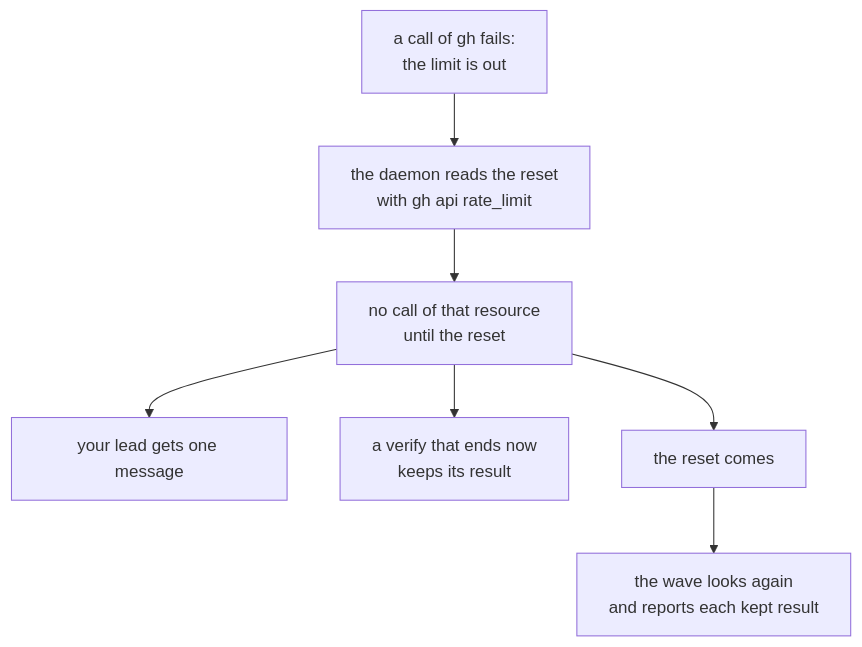
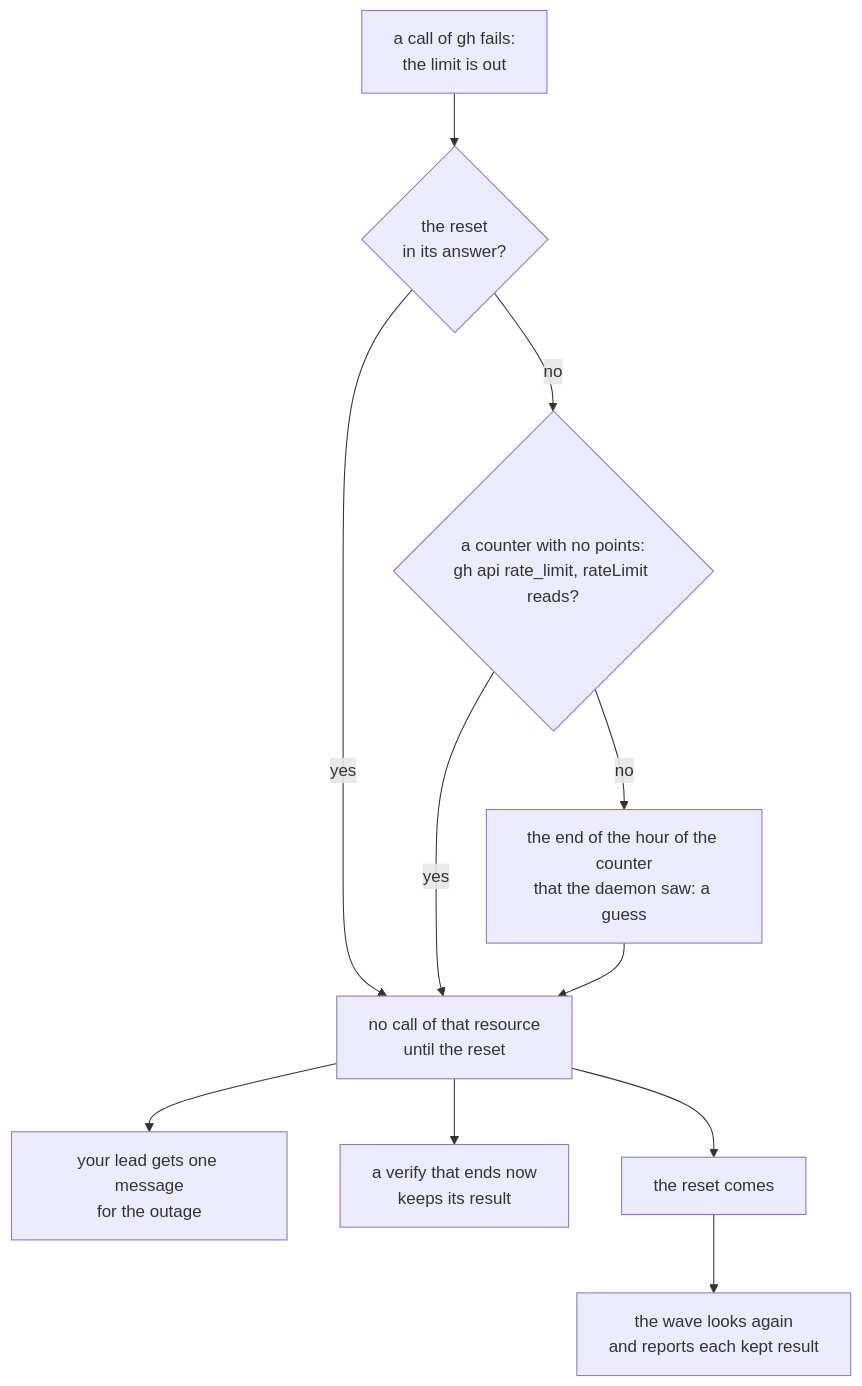
One commit to como-technologies/riff changed diagram 20 of 54 in docs/src/development.md. Above: the diagram before and after it, drawn with Mermaid. The commit also changed other lines of this file and 6 other files, not shown here.

First line of the commit message:
The wait on the GitHub limit ends at the reset of the counter that failed

````diff
--- a/docs/src/development.md
+++ b/docs/src/development.md
@@ -1698,9 +1713,13 @@
 ```mermaid
 flowchart TD
-    C["a call of gh fails:<br/>the limit is out"] --> R["the daemon reads the reset<br/>with gh api rate_limit"]
-    R --> W["no call of that resource<br/>until the reset"]
-    W --> M["your lead gets one message"]
+    C["a call of gh fails:<br/>the limit is out"] --> H{"the reset<br/>in its answer?"}
+    H -- yes --> W["no call of that resource<br/>until the reset"]
+    H -- no --> R{"a counter with no points:<br/>gh api rate_limit, rateLimit reads?"}
+    R -- yes --> W
+    R -- no --> G["the end of the hour of the counter<br/>that the daemon saw: a guess"]
+    G --> W
+    W --> M["your lead gets one message<br/>for the outage"]
     W --> K["a verify that ends now<br/>keeps its result"]
     W --> A["the reset comes"]
     A --> L["the wave looks again<br/>and reports each kept result"]
 ```
````
